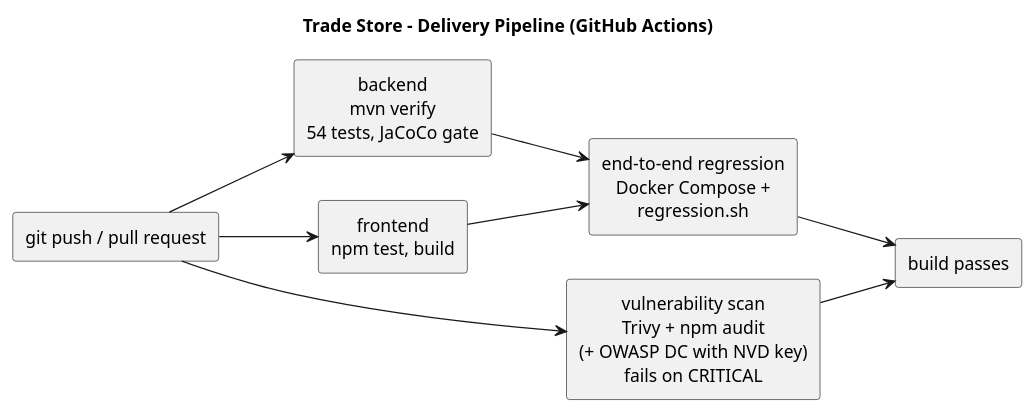
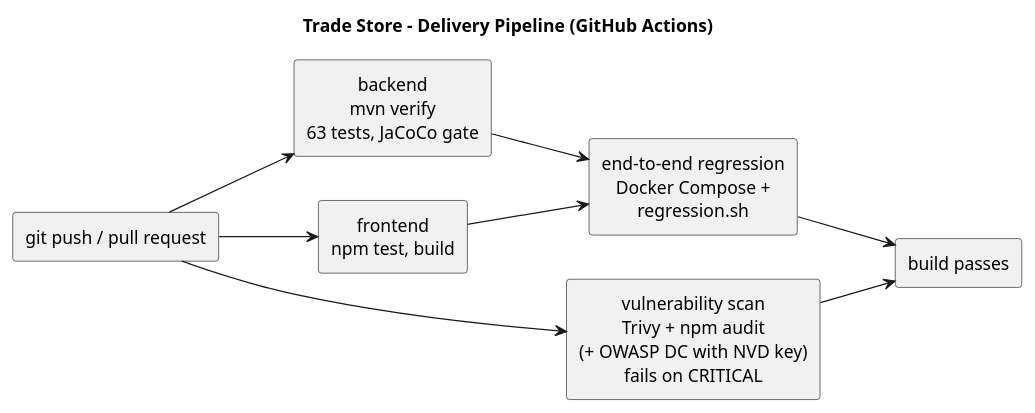
One commit to vijaydixitffis/dws-trade-app changed the diagram in docs/diagrams/cicd.puml. Above: the diagram before and after it, drawn with PlantUML. The commit also changed 10 other files, not shown here.

```diff
--- a/docs/diagrams/cicd.puml
+++ b/docs/diagrams/cicd.puml
@@ -1,21 +1,21 @@
 @startuml cicd
 title Trade Store - Delivery Pipeline (GitHub Actions)
 skinparam defaultTextAlignment center
 left to right direction
 
 rectangle "git push / pull request" as push
 
-rectangle "backend\nmvn verify\n54 tests, JaCoCo gate" as backend
+rectangle "backend\nmvn verify\n63 tests, JaCoCo gate" as backend
 rectangle "frontend\nnpm test, build" as frontend
 rectangle "vulnerability scan\nTrivy + npm audit\n(+ OWASP DC with NVD key)\nfails on CRITICAL" as scan
 rectangle "end-to-end regression\nDocker Compose +\nregression.sh" as e2e
 rectangle "build passes" as ok
 
 push --> backend
 push --> frontend
 push --> scan
 backend --> e2e
 frontend --> e2e
 e2e --> ok
 scan --> ok
 @enduml
```
